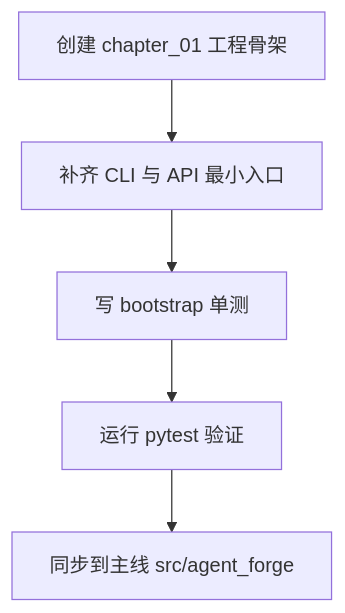
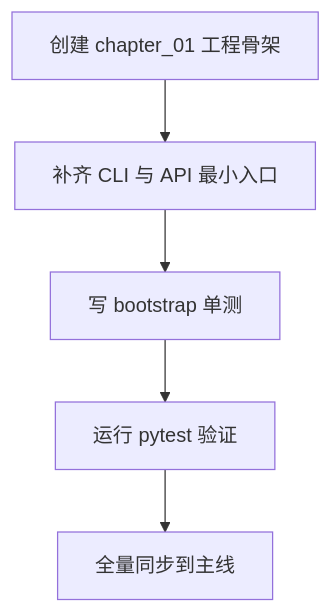
One commit to 869413421/build_agent changed the diagram in docs/tutorials/01-从0到1工业级Agent框架打造-第一章-为什么你总是做不出可上线的Agent.md. Above: the diagram before and after it, drawn with Mermaid. The commit also changed other lines of this file and 4 other files, not shown here.

````diff
--- a/docs/tutorials/01-从0到1工业级Agent框架打造-第一章-为什么你总是做不出可上线的Agent.md
+++ b/docs/tutorials/01-从0到1工业级Agent框架打造-第一章-为什么你总是做不出可上线的Agent.md
@@ -42,7 +42,7 @@
 ```mermaid
 flowchart TD
   A[创建 chapter_01 工程骨架] --> B[补齐 CLI 与 API 最小入口]
   B --> C[写 bootstrap 单测]
   C --> D[运行 pytest 验证]
-  D --> E[同步到主线 src/agent_forge]
+  D --> E[全量同步到主线]
 ```
````
